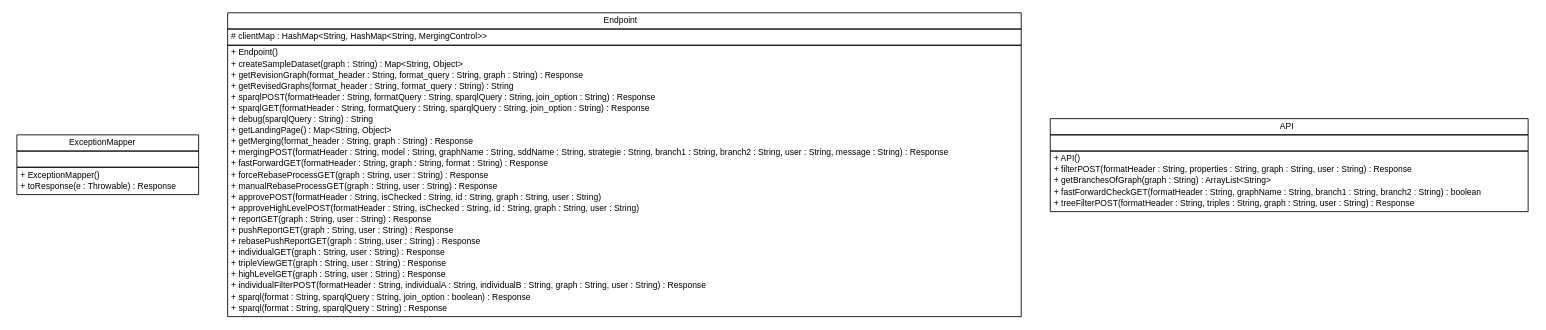
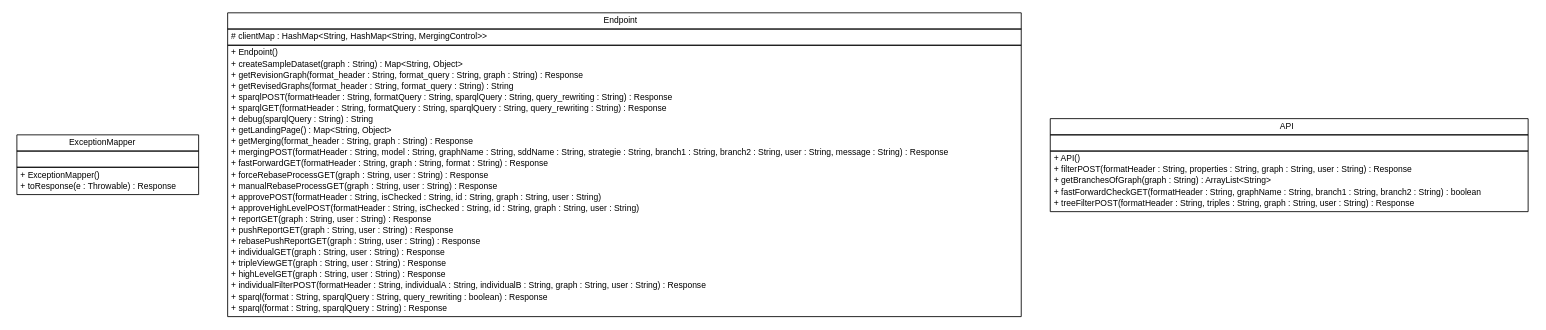
One commit to adrianorzyszek/r43ples changed the diagram in site/apidocs/de/tud/plt/r43ples/webservice/de.tud.plt.r43ples.webservice.dot. Above: the diagram before and after it, drawn with Graphviz. The commit also changed 313 other files, not shown here.

```diff
--- a/site/apidocs/de/tud/plt/r43ples/webservice/de.tud.plt.r43ples.webservice.dot
+++ b/site/apidocs/de/tud/plt/r43ples/webservice/de.tud.plt.r43ples.webservice.dot
@@ -1,76 +1,76 @@
 #!/usr/local/bin/dot
 #
 # Class diagram 
 # Generated by UMLGraph version R5_6-24-gf6e263 (http://www.umlgraph.org/)
 #
 
 digraph G {
 	edge [fontname="Helvetica",fontsize=10,labelfontname="Helvetica",labelfontsize=10];
 	node [fontname="Helvetica",fontsize=10,shape=plaintext];
 	nodesep=0.25;
 	ranksep=0.5;
 	// de.tud.plt.r43ples.webservice.ExceptionMapper
 	c861 [label=<<table title="de.tud.plt.r43ples.webservice.ExceptionMapper" border="0" cellborder="1" cellspacing="0" cellpadding="2" port="p" href="./ExceptionMapper.html">
 		<tr><td><table border="0" cellspacing="0" cellpadding="1">
 <tr><td align="center" balign="center"> ExceptionMapper </td></tr>
 		</table></td></tr>
 		<tr><td><table border="0" cellspacing="0" cellpadding="1">
 <tr><td align="left" balign="left">  </td></tr>
 		</table></td></tr>
 		<tr><td><table border="0" cellspacing="0" cellpadding="1">
 <tr><td align="left" balign="left"> + ExceptionMapper() </td></tr>
 <tr><td align="left" balign="left"> + toResponse(e : Throwable) : Response </td></tr>
 		</table></td></tr>
 		</table>>, URL="./ExceptionMapper.html", fontname="Helvetica", fontcolor="black", fontsize=10.0];
 	// de.tud.plt.r43ples.webservice.Endpoint
 	c862 [label=<<table title="de.tud.plt.r43ples.webservice.Endpoint" border="0" cellborder="1" cellspacing="0" cellpadding="2" port="p" href="./Endpoint.html">
 		<tr><td><table border="0" cellspacing="0" cellpadding="1">
 <tr><td align="center" balign="center"> Endpoint </td></tr>
 		</table></td></tr>
 		<tr><td><table border="0" cellspacing="0" cellpadding="1">
 <tr><td align="left" balign="left"> # clientMap : HashMap&lt;String, HashMap&lt;String, MergingControl&gt;&gt; </td></tr>
 		</table></td></tr>
 		<tr><td><table border="0" cellspacing="0" cellpadding="1">
 <tr><td align="left" balign="left"> + Endpoint() </td></tr>
 <tr><td align="left" balign="left"> + createSampleDataset(graph : String) : Map&lt;String, Object&gt; </td></tr>
 <tr><td align="left" balign="left"> + getRevisionGraph(format_header : String, format_query : String, graph : String) : Response </td></tr>
 <tr><td align="left" balign="left"> + getRevisedGraphs(format_header : String, format_query : String) : String </td></tr>
-<tr><td align="left" balign="left"> + sparqlPOST(formatHeader : String, formatQuery : String, sparqlQuery : String, join_option : String) : Response </td></tr>
-<tr><td align="left" balign="left"> + sparqlGET(formatHeader : String, formatQuery : String, sparqlQuery : String, join_option : String) : Response </td></tr>
+<tr><td align="left" balign="left"> + sparqlPOST(formatHeader : String, formatQuery : String, sparqlQuery : String, query_rewriting : String) : Response </td></tr>
+<tr><td align="left" balign="left"> + sparqlGET(formatHeader : String, formatQuery : String, sparqlQuery : String, query_rewriting : String) : Response </td></tr>
 <tr><td align="left" balign="left"> + debug(sparqlQuery : String) : String </td></tr>
 <tr><td align="left" balign="left"> + getLandingPage() : Map&lt;String, Object&gt; </td></tr>
 <tr><td align="left" balign="left"> + getMerging(format_header : String, graph : String) : Response </td></tr>
 <tr><td align="left" balign="left"> + mergingPOST(formatHeader : String, model : String, graphName : String, sddName : String, strategie : String, branch1 : String, branch2 : String, user : String, message : String) : Response </td></tr>
 <tr><td align="left" balign="left"> + fastForwardGET(formatHeader : String, graph : String, format : String) : Response </td></tr>
 <tr><td align="left" balign="left"> + forceRebaseProcessGET(graph : String, user : String) : Response </td></tr>
 <tr><td align="left" balign="left"> + manualRebaseProcessGET(graph : String, user : String) : Response </td></tr>
 <tr><td align="left" balign="left"> + approvePOST(formatHeader : String, isChecked : String, id : String, graph : String, user : String) </td></tr>
 <tr><td align="left" balign="left"> + approveHighLevelPOST(formatHeader : String, isChecked : String, id : String, graph : String, user : String) </td></tr>
 <tr><td align="left" balign="left"> + reportGET(graph : String, user : String) : Response </td></tr>
 <tr><td align="left" balign="left"> + pushReportGET(graph : String, user : String) : Response </td></tr>
 <tr><td align="left" balign="left"> + rebasePushReportGET(graph : String, user : String) : Response </td></tr>
 <tr><td align="left" balign="left"> + individualGET(graph : String, user : String) : Response </td></tr>
 <tr><td align="left" balign="left"> + tripleViewGET(graph : String, user : String) : Response </td></tr>
 <tr><td align="left" balign="left"> + highLevelGET(graph : String, user : String) : Response </td></tr>
 <tr><td align="left" balign="left"> + individualFilterPOST(formatHeader : String, individualA : String, individualB : String, graph : String, user : String) : Response </td></tr>
-<tr><td align="left" balign="left"> + sparql(format : String, sparqlQuery : String, join_option : boolean) : Response </td></tr>
+<tr><td align="left" balign="left"> + sparql(format : String, sparqlQuery : String, query_rewriting : boolean) : Response </td></tr>
 <tr><td align="left" balign="left"> + sparql(format : String, sparqlQuery : String) : Response </td></tr>
 		</table></td></tr>
 		</table>>, URL="./Endpoint.html", fontname="Helvetica", fontcolor="black", fontsize=10.0];
 	// de.tud.plt.r43ples.webservice.API
 	c863 [label=<<table title="de.tud.plt.r43ples.webservice.API" border="0" cellborder="1" cellspacing="0" cellpadding="2" port="p" href="./API.html">
 		<tr><td><table border="0" cellspacing="0" cellpadding="1">
 <tr><td align="center" balign="center"> API </td></tr>
 		</table></td></tr>
 		<tr><td><table border="0" cellspacing="0" cellpadding="1">
 <tr><td align="left" balign="left">  </td></tr>
 		</table></td></tr>
 		<tr><td><table border="0" cellspacing="0" cellpadding="1">
 <tr><td align="left" balign="left"> + API() </td></tr>
 <tr><td align="left" balign="left"> + filterPOST(formatHeader : String, properties : String, graph : String, user : String) : Response </td></tr>
 <tr><td align="left" balign="left"> + getBranchesOfGraph(graph : String) : ArrayList&lt;String&gt; </td></tr>
 <tr><td align="left" balign="left"> + fastForwardCheckGET(formatHeader : String, graphName : String, branch1 : String, branch2 : String) : boolean </td></tr>
 <tr><td align="left" balign="left"> + treeFilterPOST(formatHeader : String, triples : String, graph : String, user : String) : Response </td></tr>
 		</table></td></tr>
 		</table>>, URL="./API.html", fontname="Helvetica", fontcolor="black", fontsize=10.0];
 }
```
